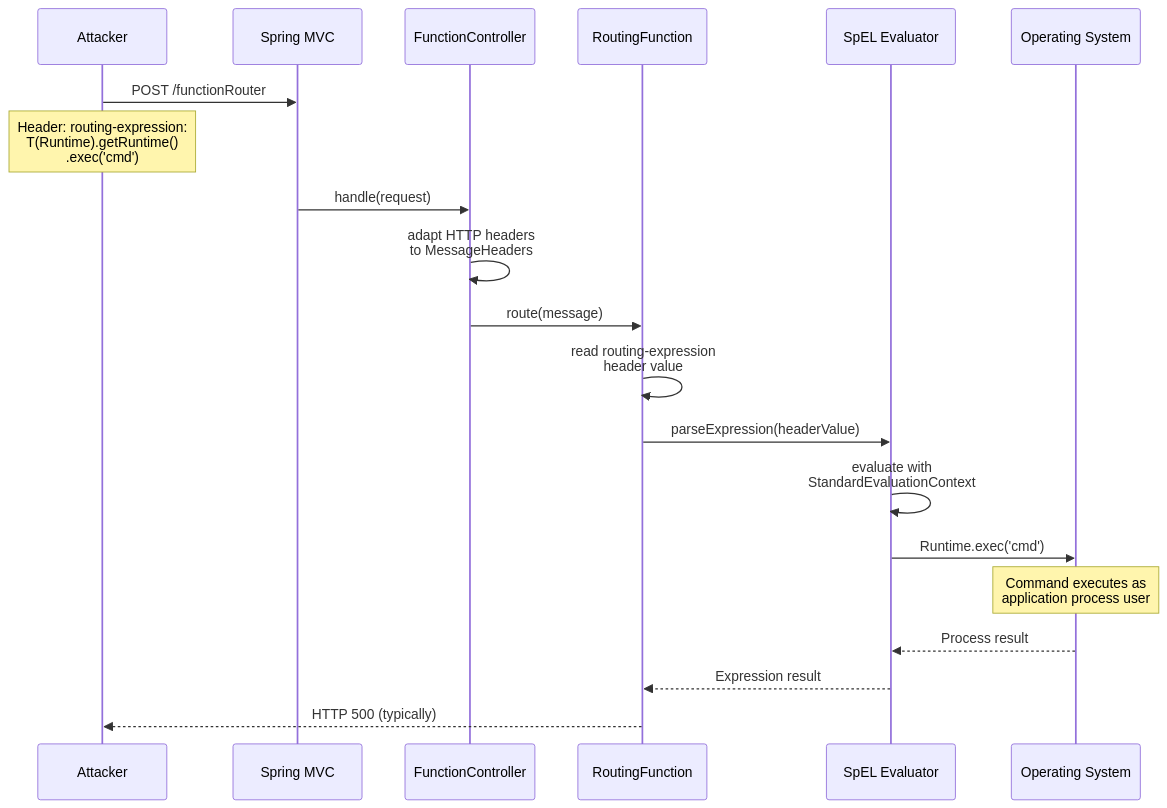
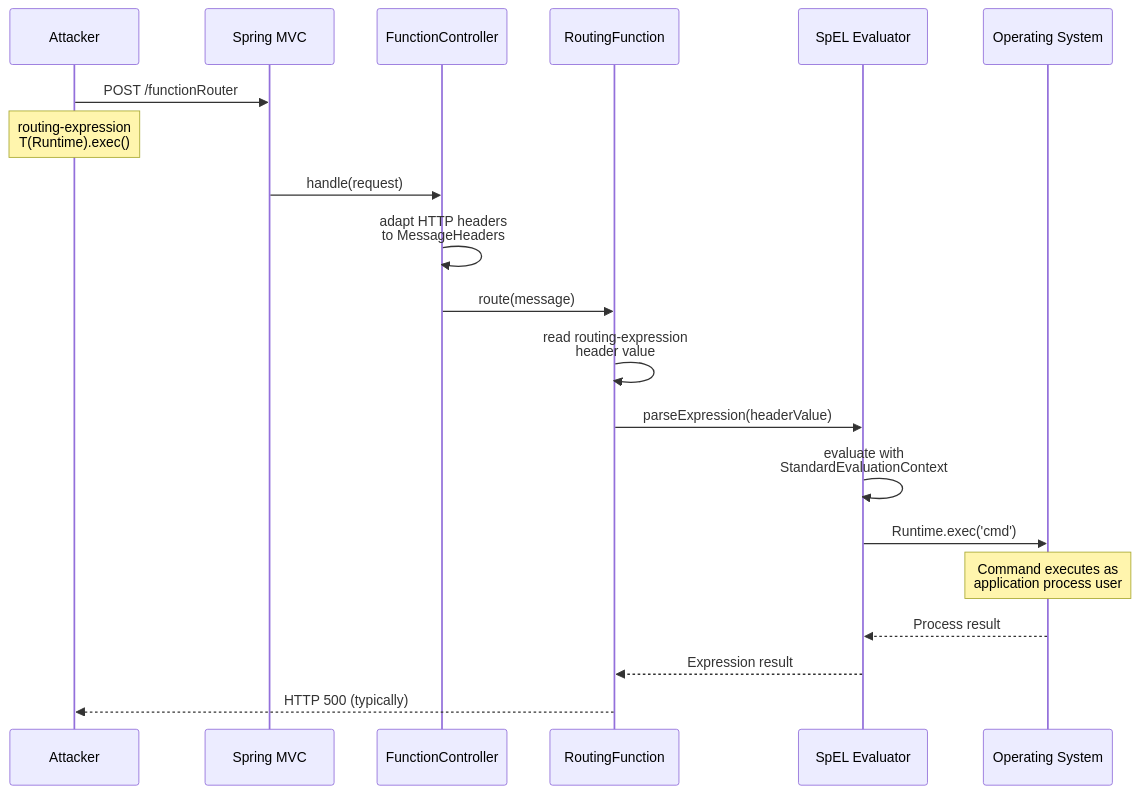
Before and after one commit to shivakrishnak/sk-bytes: the tenth of 40 diagrams in learn/spring/Spring - Production and Cloud.md, drawn with Mermaid. The commit also changed other lines of this file, not shown here.

````diff
--- a/learn/spring/Spring - Production and Cloud.md
+++ b/learn/spring/Spring - Production and Cloud.md
@@ -1274,23 +1276,23 @@
 ```mermaid
 sequenceDiagram
     participant A as Attacker
     participant S as Spring MVC
     participant F as FunctionController
     participant R as RoutingFunction
     participant E as SpEL Evaluator
     participant OS as Operating System
 
     A->>S: POST /functionRouter
-    Note over A: Header: routing-expression:<br/>T(Runtime).getRuntime()<br/>.exec('cmd')
+    Note over A: routing-expression<br/>T(Runtime).exec()
     S->>F: handle(request)
     F->>F: adapt HTTP headers<br/>to MessageHeaders
     F->>R: route(message)
     R->>R: read routing-expression<br/>header value
     R->>E: parseExpression(headerValue)
     E->>E: evaluate with<br/>StandardEvaluationContext
     E->>OS: Runtime.exec('cmd')
     Note over OS: Command executes as<br/>application process user
     OS-->>E: Process result
     E-->>R: Expression result
     R-->>A: HTTP 500 (typically)
 ```
````
